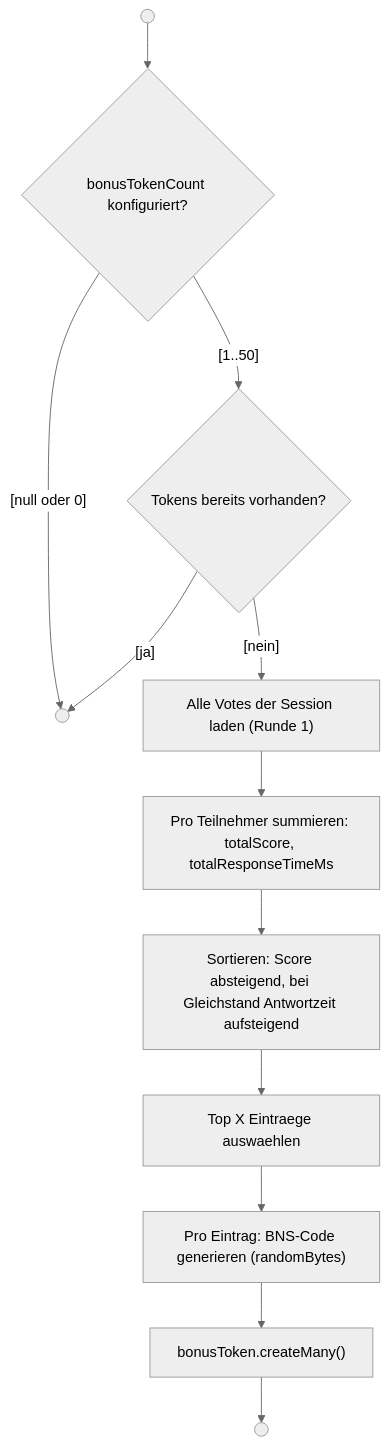
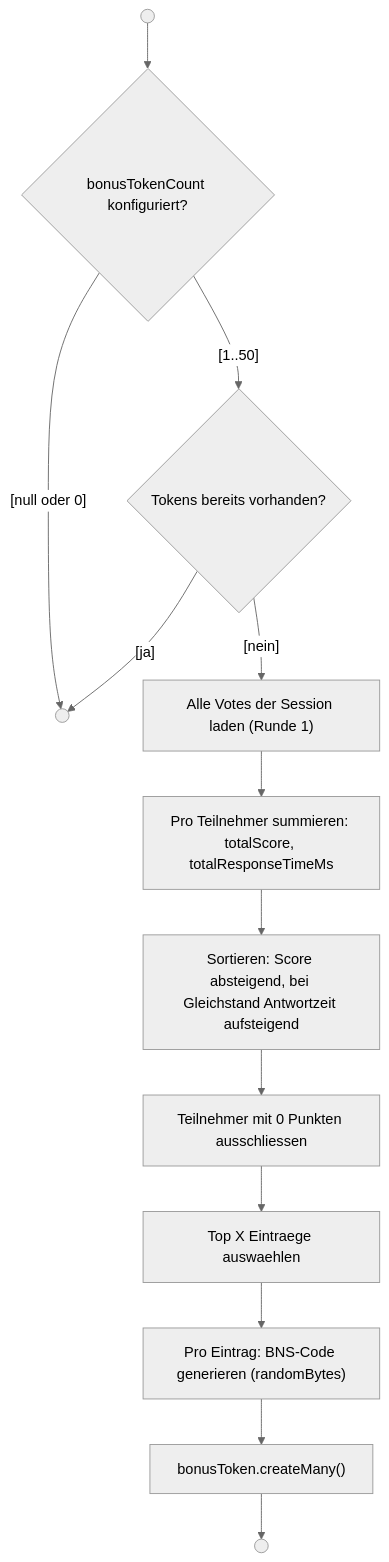
Before and after one commit to kqc-real/arsnova.eu: the second of 9 diagrams in docs/features/bonus-codes.md, drawn with Mermaid (neutral theme). The commit also changed other lines of this file and 18 other files, not shown here.

````diff
--- a/docs/features/bonus-codes.md
+++ b/docs/features/bonus-codes.md
@@ -67,14 +67,15 @@
 ```mermaid
 flowchart TD
   S(( )) --> CHECK{"bonusTokenCount konfiguriert?"}
   CHECK -- "[null oder 0]" --> STOP(( ))
   CHECK -- "[1..50]" --> DUP{"Tokens bereits vorhanden?"}
   DUP -- "[ja]" --> STOP
   DUP -- "[nein]" --> LOAD["Alle Votes der Session laden (Runde 1)"]
   LOAD --> AGG["Pro Teilnehmer summieren: totalScore, totalResponseTimeMs"]
   AGG --> SORT["Sortieren: Score absteigend, bei Gleichstand Antwortzeit aufsteigend"]
-  SORT --> SLICE["Top X Eintraege auswaehlen"]
+  SORT --> FILTER["Teilnehmer mit 0 Punkten ausschliessen"]
+  FILTER --> SLICE["Top X Eintraege auswaehlen"]
   SLICE --> GEN["Pro Eintrag: BNS-Code generieren (randomBytes)"]
   GEN --> SAVE["bonusToken.createMany()"]
   SAVE --> E(( ))
 ```
````
